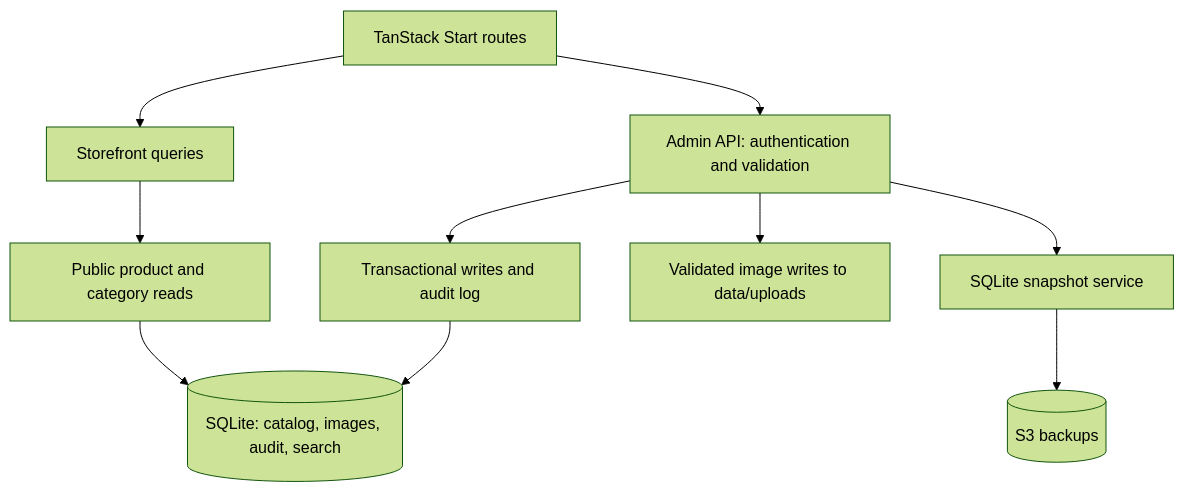
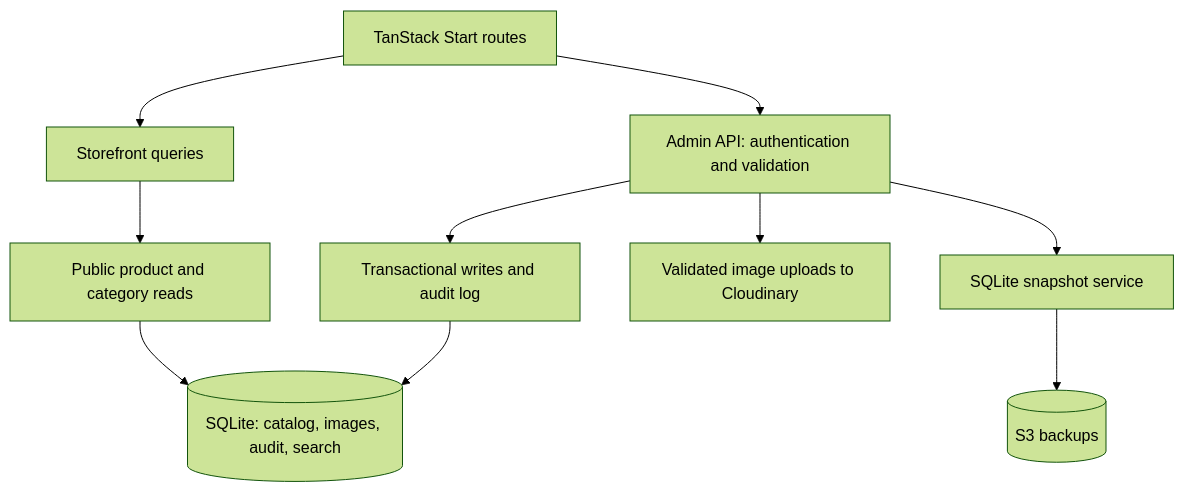
The first of 5 diagrams in README.md (gchape/beautycode), drawn with Mermaid (forest theme) before and after one commit. The commit also changed other lines of this file and 41 other files, not shown here.

Commit message:
feat(images): migrate uploads and delivery to Cloudinary

````diff
--- a/README.md
+++ b/README.md
@@ -88,12 +88,12 @@
 ```mermaid
 flowchart TD
     Routes["TanStack Start routes"] --> Public["Storefront queries"]
     Routes --> Admin["Admin API: authentication and validation"]
     Public --> Reads["Public product and category reads"]
     Admin --> Writes["Transactional writes and audit log"]
     Reads --> DB[("SQLite: catalog, images, audit, search")]
     Writes --> DB
-    Admin --> Uploads["Validated image writes to data/uploads"]
+    Admin --> Uploads["Validated image uploads to Cloudinary"]
     Admin --> Snapshot["SQLite snapshot service"]
     Snapshot --> BackupBucket[("S3 backups")]
 ```
````
